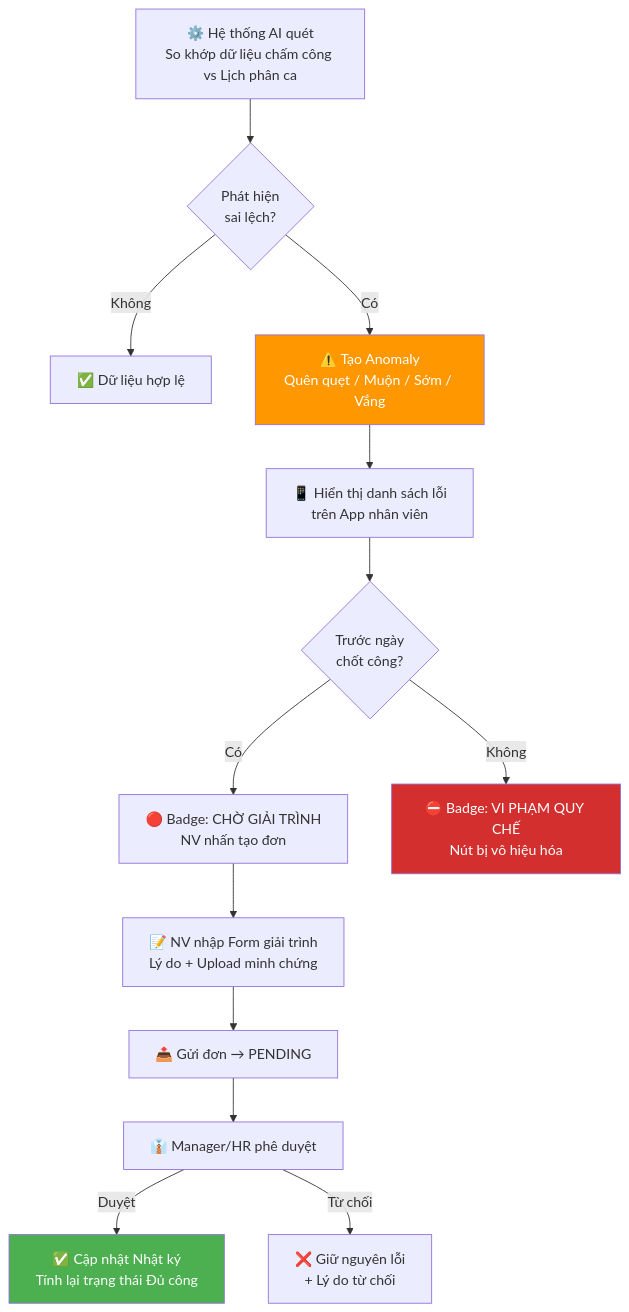
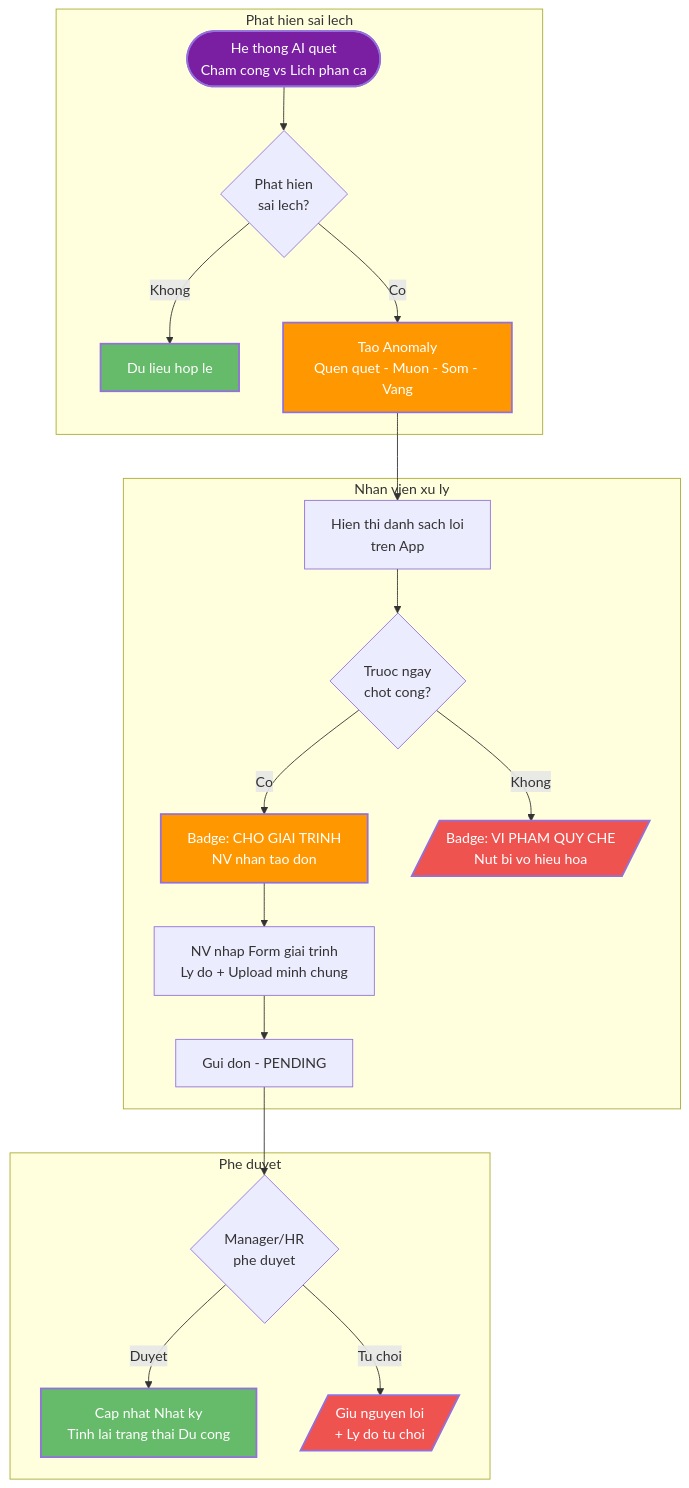
Before and after one commit to olbboy/ba-kit-antigravity: the first of 2 diagrams in outputs/mini-app-cham-cong/2.11-Mini-app/2.11.3.-Giải-trình-công/README.md, drawn with Mermaid. The commit also changed other lines of this file and 11 other files, not shown here.

First line of the commit message:
fix: clean Confluence export artifacts and upgrade Mermaid diagrams

````diff
--- a/outputs/mini-app-cham-cong/2.11-Mini-app/2.11.3.-Giải-trình-công/README.md
+++ b/outputs/mini-app-cham-cong/2.11-Mini-app/2.11.3.-Giải-trình-công/README.md
@@ -27,19 +24,34 @@
 ```mermaid
 graph TD
-    A["⚙️ Hệ thống AI quét<br/>So khớp dữ liệu chấm công vs Lịch phân ca"] --> B{"Phát hiện<br/>sai lệch?"}
-    B -->|"Không"| C["✅ Dữ liệu hợp lệ"]
-    B -->|"Có"| D["⚠️ Tạo Anomaly<br/>Quên quẹt / Muộn / Sớm / Vắng"]
-    D --> E["📱 Hiển thị danh sách lỗi<br/>trên App nhân viên"]
-    E --> F{"Trước ngày<br/>chốt công?"}
-    F -->|"Có"| G["🔴 Badge: CHỜ GIẢI TRÌNH<br/>NV nhấn tạo đơn"]
-    F -->|"Không"| H["⛔ Badge: VI PHẠM QUY CHẾ<br/>Nút bị vô hiệu hóa"]
-    G --> I["📝 NV nhập Form giải trình<br/>Lý do + Upload minh chứng"]
-    I --> J["📤 Gửi đơn → PENDING"]
-    J --> K["👔 Manager/HR phê duyệt"]
-    K -->|"Duyệt"| L["✅ Cập nhật Nhật ký<br/>Tính lại trạng thái Đủ công"]
-    K -->|"Từ chối"| M["❌ Giữ nguyên lỗi<br/>+ Lý do từ chối"]
+    subgraph Detection["Phat hien sai lech"]
+        A([He thong AI quet<br/>Cham cong vs Lich phan ca]) --> B{Phat hien<br/>sai lech?}
+        B -->|Khong| C[Du lieu hop le]
+        B -->|Co| D[Tao Anomaly<br/>Quen quet - Muon - Som - Vang]
+    end
 
-    style D fill:#FF9800,color:#fff
-    style H fill:#D32F2F,color:#fff
-    style L fill:#4CAF50,color:#fff
+    subgraph Employee["Nhan vien xu ly"]
+        D --> E[Hien thi danh sach loi<br/>tren App]
+        E --> F{Truoc ngay<br/>chot cong?}
+        F -->|Co| G[Badge: CHO GIAI TRINH<br/>NV nhan tao don]
+        F -->|Khong| H[/Badge: VI PHAM QUY CHE<br/>Nut bi vo hieu hoa/]
+        G --> I[NV nhap Form giai trinh<br/>Ly do + Upload minh chung]
+        I --> J[Gui don - PENDING]
+    end
+
+    subgraph Approval["Phe duyet"]
+        J --> K{Manager/HR<br/>phe duyet}
+        K -->|Duyet| L[Cap nhat Nhat ky<br/>Tinh lai trang thai Du cong]
+        K -->|Tu choi| M[/Giu nguyen loi<br/>+ Ly do tu choi/]
+    end
+
+    classDef start fill:#7B1FA2,color:#fff,stroke-width:2px
+    classDef warn fill:#FF9800,color:#fff,stroke-width:2px
+    classDef fail fill:#EF5350,color:#fff,stroke-width:2px
+    classDef success fill:#66BB6A,color:#fff,stroke-width:2px
+    classDef process fill:#42A5F5,color:#fff,stroke-width:1px
+
+    class A start
+    class D,G warn
+    class H,M fail
+    class C,L success
 ```
````
